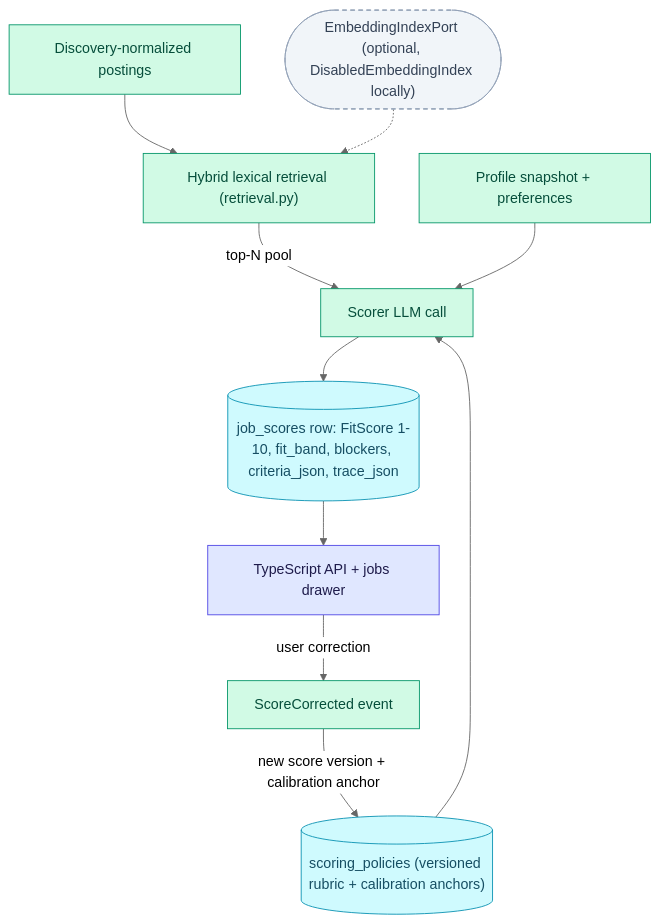
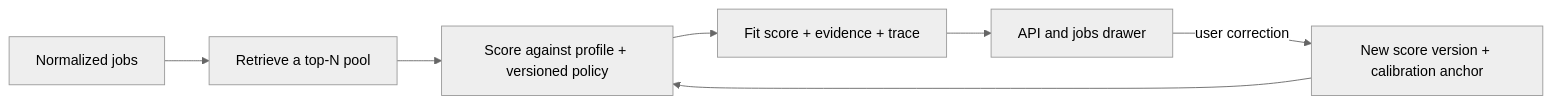
The diagram in docs/architecture/scoring.md (ebarti/JobCtrl), drawn with Mermaid (neutral theme) before and after one commit. The commit also changed 46 other files, not shown here.

````diff
--- a/docs/architecture/scoring.md
+++ b/docs/architecture/scoring.md
@@ -11,21 +11,13 @@
 ```mermaid
-flowchart TD
-    D["Discovery-normalized postings"] --> R["Hybrid lexical retrieval (retrieval.py)"]
-    E(["EmbeddingIndexPort (optional, DisabledEmbeddingIndex locally)"]) -.-> R
-    R -->|"top-N pool"| S["Scorer LLM call"]
-    P[("scoring_policies (versioned rubric + calibration anchors)")] --> S
-    PROF["Profile snapshot + preferences"] --> S
-    S --> ROW[("job_scores row: FitScore 1-10, fit_band, blockers, criteria_json, trace_json")]
-    ROW --> UI["TypeScript API + jobs drawer"]
-    UI -->|"user correction"| C["ScoreCorrected event"]
-    C -->|"new score version + calibration anchor"| P
+flowchart LR
+    JOBS["Normalized jobs"] --> RETRIEVE["Retrieve a top-N pool"]
+    RETRIEVE --> SCORE["Score against profile + versioned policy"]
+    SCORE --> RESULT["Fit score + evidence + trace"]
+    RESULT --> REVIEW["API and jobs drawer"]
+    REVIEW -->|user correction| POLICY["New score version + calibration anchor"]
+    POLICY --> SCORE
 
-    classDef ts fill:#e0e7ff,stroke:#4f46e5,color:#1e1b4b
-    classDef py fill:#d1fae5,stroke:#059669,color:#064e3b
-    classDef store fill:#cffafe,stroke:#0891b2,color:#164e63
-    classDef ext fill:#f1f5f9,stroke:#94a3b8,color:#334155,stroke-dasharray:5 4
-    class D,R,S,PROF,C py
-    class P,ROW store
-    class UI ts
-    class E ext
+    class JOBS,RETRIEVE,SCORE,POLICY py
+    class RESULT store
+    class REVIEW ts
 ```
````
